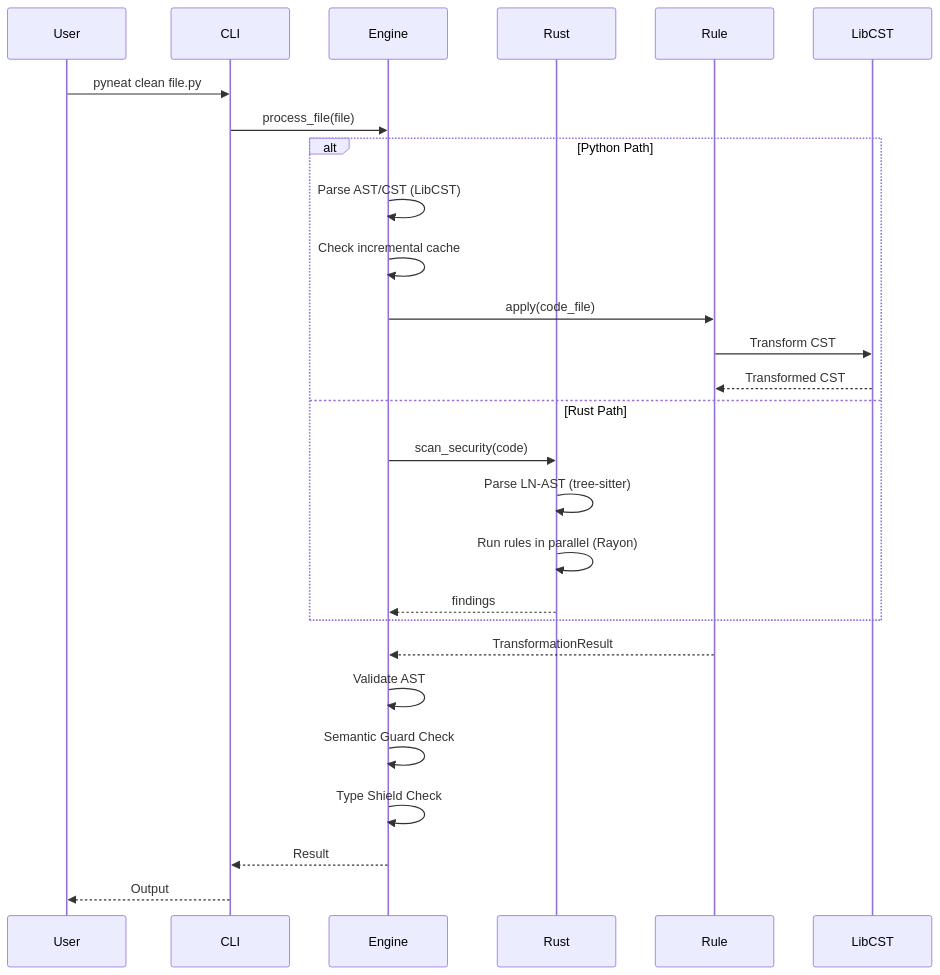
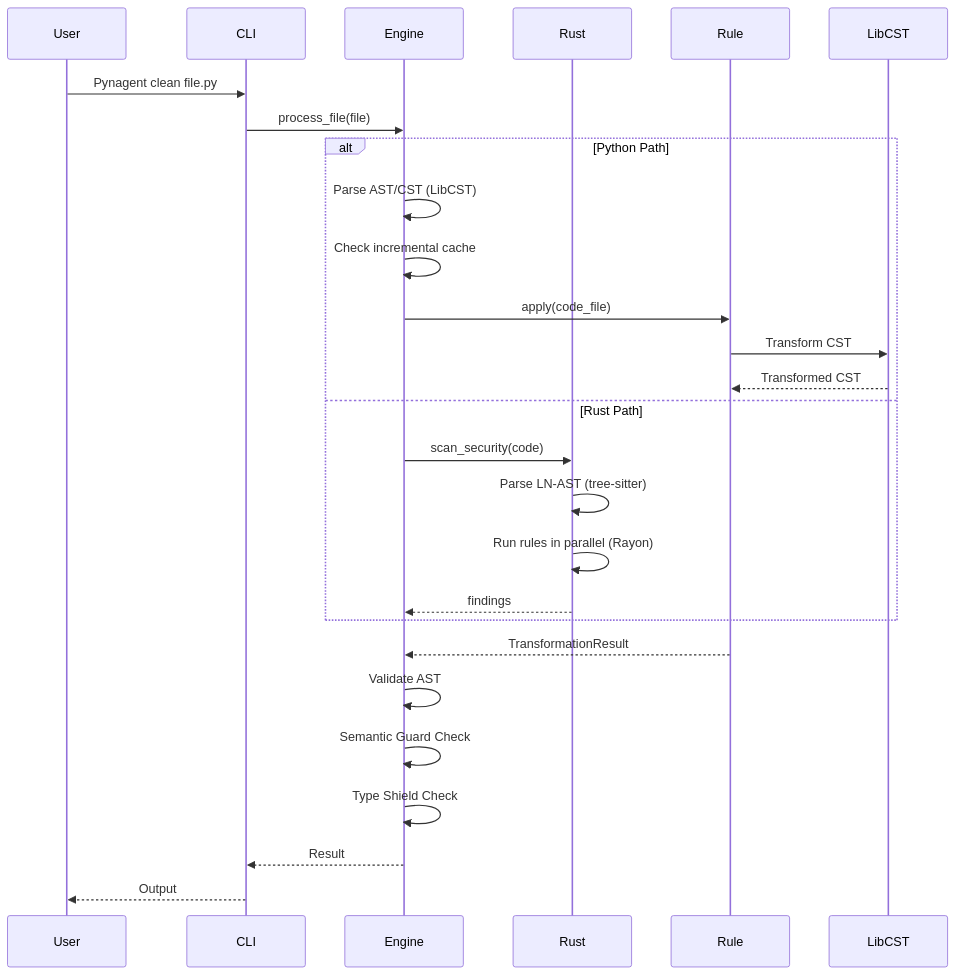
The second of 3 diagrams in docs/architecture.md (khanhnam-nathan/Pynagent), drawn with Mermaid before and after one commit. The commit also changed other lines of this file and 1465 other files, not shown here.

````diff
--- a/docs/architecture.md
+++ b/docs/architecture.md
@@ -130,32 +130,32 @@
 ```mermaid
 sequenceDiagram
     participant User
     participant CLI
     participant Engine
     participant Rust
     participant Rule
     participant LibCST
 
-    User->>CLI: pyneat clean file.py
+    User->>CLI: Pynagent clean file.py
     CLI->>Engine: process_file(file)
 
     alt Python Path
         Engine->>Engine: Parse AST/CST (LibCST)
         Engine->>Engine: Check incremental cache
         Engine->>Rule: apply(code_file)
         Rule->>LibCST: Transform CST
         LibCST-->>Rule: Transformed CST
     else Rust Path
         Engine->>Rust: scan_security(code)
         Rust->>Rust: Parse LN-AST (tree-sitter)
         Rust->>Rust: Run rules in parallel (Rayon)
         Rust-->>Engine: findings
     end
 
     Rule-->>Engine: TransformationResult
     Engine->>Engine: Validate AST
     Engine->>Engine: Semantic Guard Check
     Engine->>Engine: Type Shield Check
     Engine-->>CLI: Result
     CLI-->>User: Output
 ```
````
